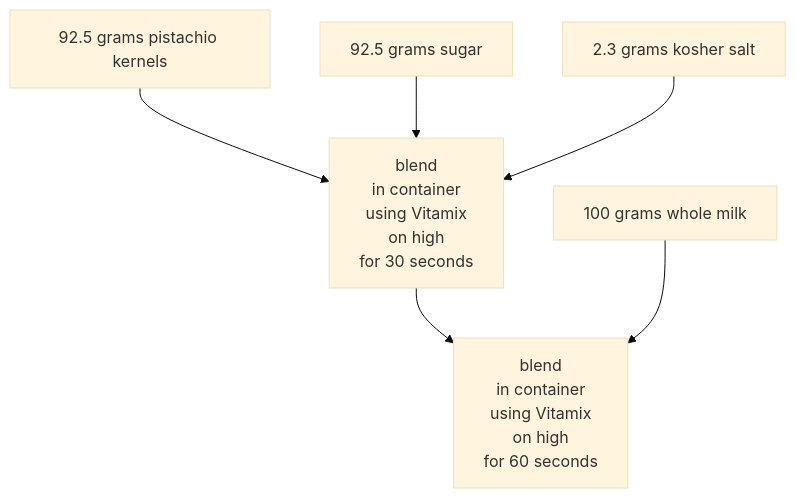
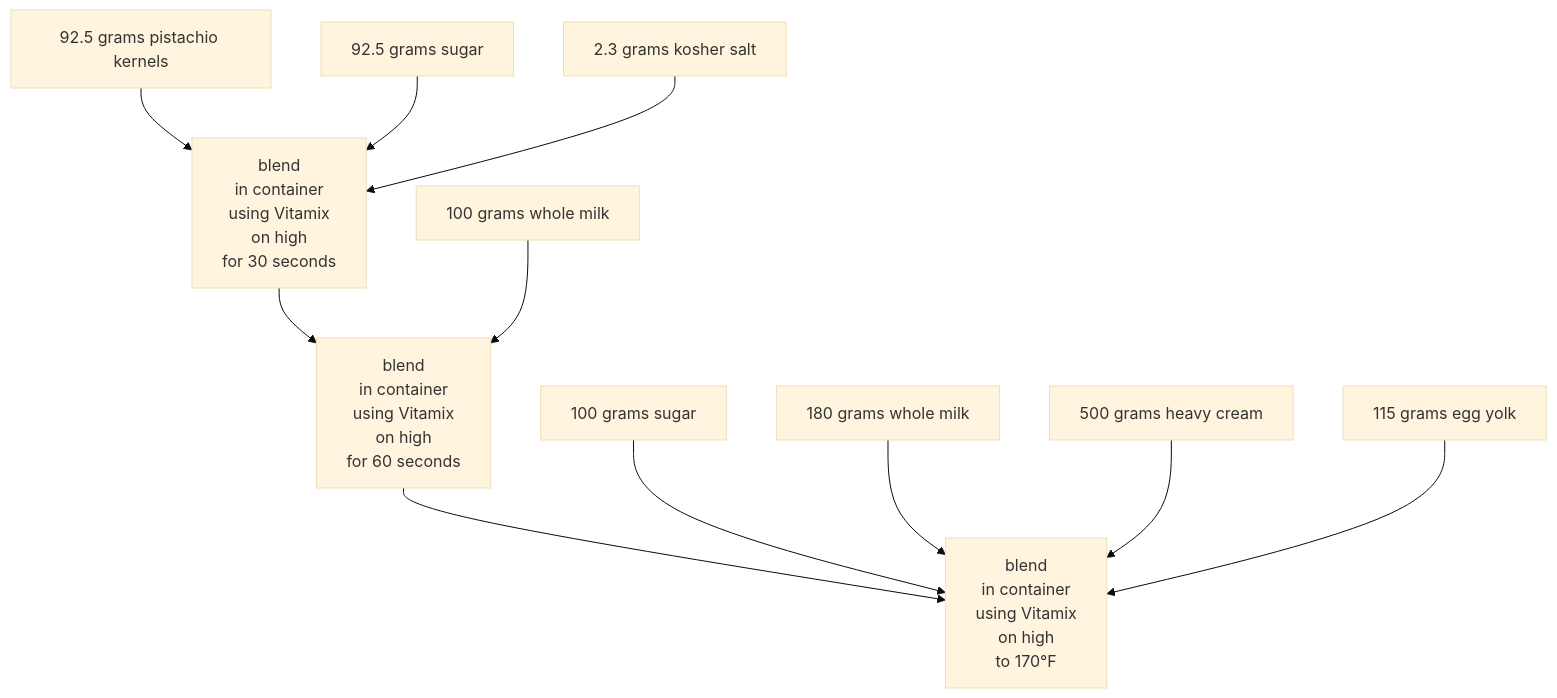
The fourth of 4 diagrams in README.md (vincentl/aquilo), drawn with Mermaid before and after one commit. The commit also changed 2 other files, not shown here.

Commit message:
continue pistachio ice cream, add required fields to terminate conditions so oneOf validates

````diff
--- a/README.md
+++ b/README.md
@@ -195,35 +195,53 @@
 ```mermaid
 %%{
   init: {
     'theme': 'base',
     'themeVariables': {
       'fontFamily': 'monospace'
     }
   }
 }%%
 flowchart TB
   P[92.5 grams pistachio kernels]
   S0[92.5 grams sugar]
   S[2.3 grams kosher salt]
 
   B0["blend
 in container
 using Vitamix
 on high
 for 30 seconds"]
 
   P --> B0;
   S0 --> B0;
   S --> B0;
 
-  M[100 grams whole milk]
+  M0[100 grams whole milk]
 
   B1["blend
 in container
 using Vitamix
 on high
 for 60 seconds"]
 
   B0 --> B1;
-  M --> B1;
+  M0 --> B1;
+
+  S1[100 grams sugar]
+  M1[180 grams whole milk]
+  H[500 grams heavy cream]
+  E[115 grams egg yolk]
+
+  B2["blend
+in container
+using Vitamix
+on high
+to 170°F"]
+
+  B1 --> B2;
+  S1 --> B2;
+  M1 --> B2;
+  H --> B2;
+  E --> B2;
+
 ```
````
